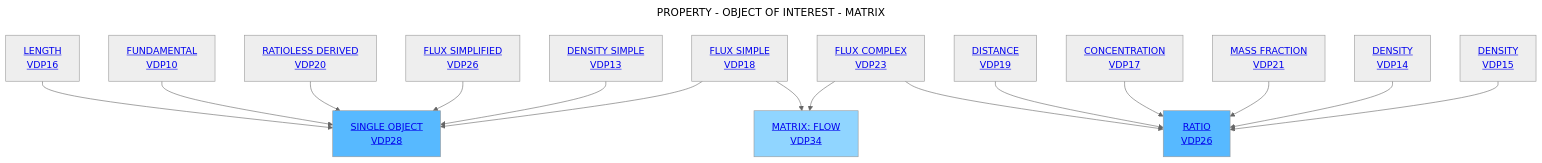
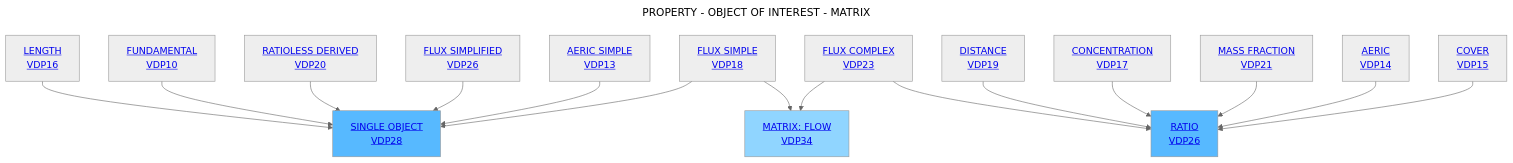
One commit to mabablue/I-ADOPT-patterns-playground changed the diagram in Decisition_trees/DT6.mmd. Above: the diagram before and after it, drawn with Mermaid (neutral theme).

```diff
--- a/Decisition_trees/DT6.mmd
+++ b/Decisition_trees/DT6.mmd
@@ -1,21 +1,21 @@
 ---
 title: PROPERTY - OBJECT OF INTEREST - MATRIX
 ---
 flowchart TD
     A[<a href='https://github.com/mabablue/I-ADOPT-patterns-playground/blob/main/pattern/VDP16.yaml'>LENGTH <br> VDP16</a>] --> C[<a href='https://github.com/mabablue/I-ADOPT-patterns-playground/blob/main/pattern/VDP28.yaml'>SINGLE OBJECT <br> VDP28</a>]:::satblue
     B[<a href='https://github.com/mabablue/I-ADOPT-patterns-playground/blob/main/pattern/VDP10.yaml'>FUNDAMENTAL <br> VDP10</a>]  --> C
     D[<a href='https://github.com/mabablue/I-ADOPT-patterns-playground/blob/main/pattern/VDP20.yaml'>RATIOLESS DERIVED <br> VDP20</a>] --> C
     E[<a href='https://github.com/mabablue/I-ADOPT-patterns-playground/blob/main/pattern/VDP20.yaml'>FLUX SIMPLIFIED <br> VDP26</a>] --> C
-    H[<a href='https://github.com/mabablue/I-ADOPT-patterns-playground/blob/main/pattern/VDP13.yaml'>DENSITY SIMPLE <br> VDP13</a>] --> C
+    H[<a href='https://github.com/mabablue/I-ADOPT-patterns-playground/blob/main/pattern/VDP13.yaml'>AERIC SIMPLE <br> VDP13</a>] --> C
     I[<a href='https://github.com/mabablue/I-ADOPT-patterns-playground/blob/main/pattern/VDP23.yaml'>FLUX COMPLEX <br> VDP23</a>] --> F  
     G[<a href='https://github.com/mabablue/I-ADOPT-patterns-playground/blob/main/pattern/VDP23.yaml'>DISTANCE <br> VDP19</a>] --> F 
     M[<a href='https://github.com/mabablue/I-ADOPT-patterns-playground/blob/main/pattern/VDP17.yaml'>CONCENTRATION <br> VDP17</a>] --> F
     L[<a href='https://github.com/mabablue/I-ADOPT-patterns-playground/blob/main/pattern/VDP21.yaml'>MASS FRACTION <br> VDP21</a>] --> F[<a href='https://github.com/mabablue/I-ADOPT-patterns-playground/blob/main/pattern/VDP26.yaml'>RATIO <br> VDP26</a>]:::satblue
     Q[<a href='https://github.com/mabablue/I-ADOPT-patterns-playground/blob/main/pattern/VDP18.yaml'>FLUX SIMPLE <br> VDP18</a>] --> C
-    O[<a href='https://github.com/mabablue/I-ADOPT-patterns-playground/blob/main/pattern/VDP14.yaml'>DENSITY <br> VDP14</a>] --> F
-    P[<a href='https://github.com/mabablue/I-ADOPT-patterns-playground/blob/main/pattern/VDP15.yaml'>DENSITY <br> VDP15</a>] --> F
+    O[<a href='https://github.com/mabablue/I-ADOPT-patterns-playground/blob/main/pattern/VDP14.yaml'>AERIC <br> VDP14</a>] --> F
+    P[<a href='https://github.com/mabablue/I-ADOPT-patterns-playground/blob/main/pattern/VDP15.yaml'>COVER <br> VDP15</a>] --> F
     Q --> K[<a href='https://github.com/mabablue/I-ADOPT-patterns-playground/blob/main/pattern/VDP34.yaml'>MATRIX: FLOW <br> VDP34</a>]:::blue
     I --> K
 
    classDef blue fill:#90D5FF
    classDef satblue fill:#57B9FF
```
